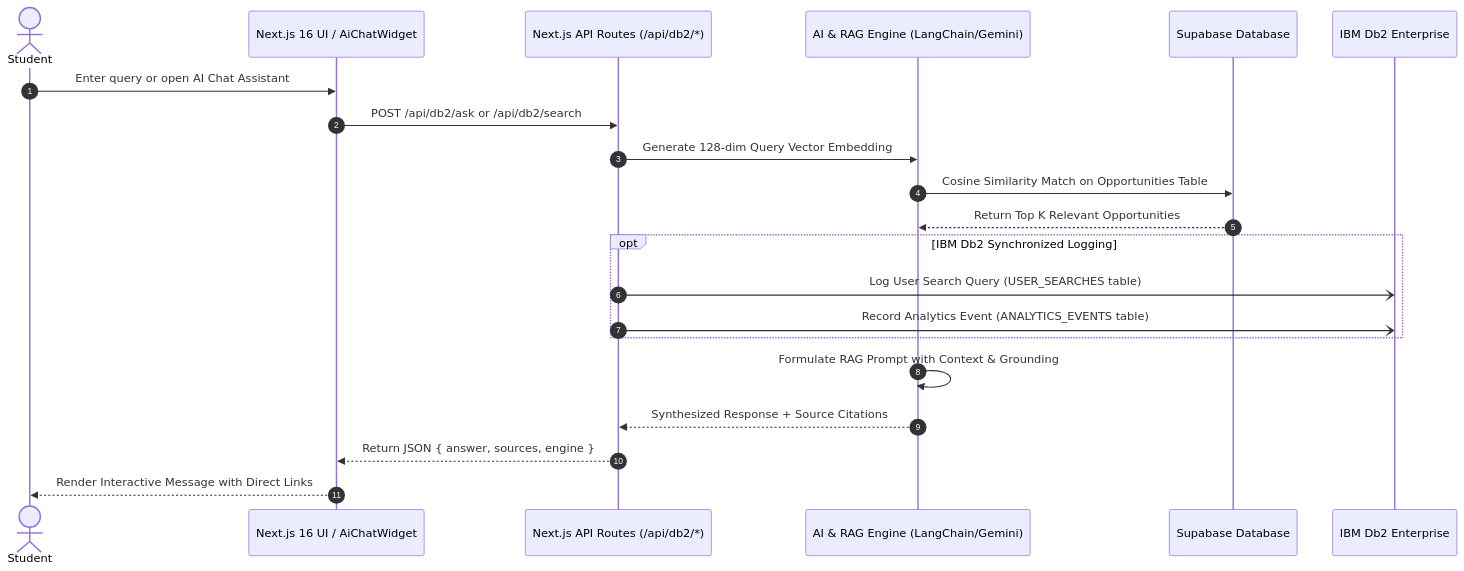
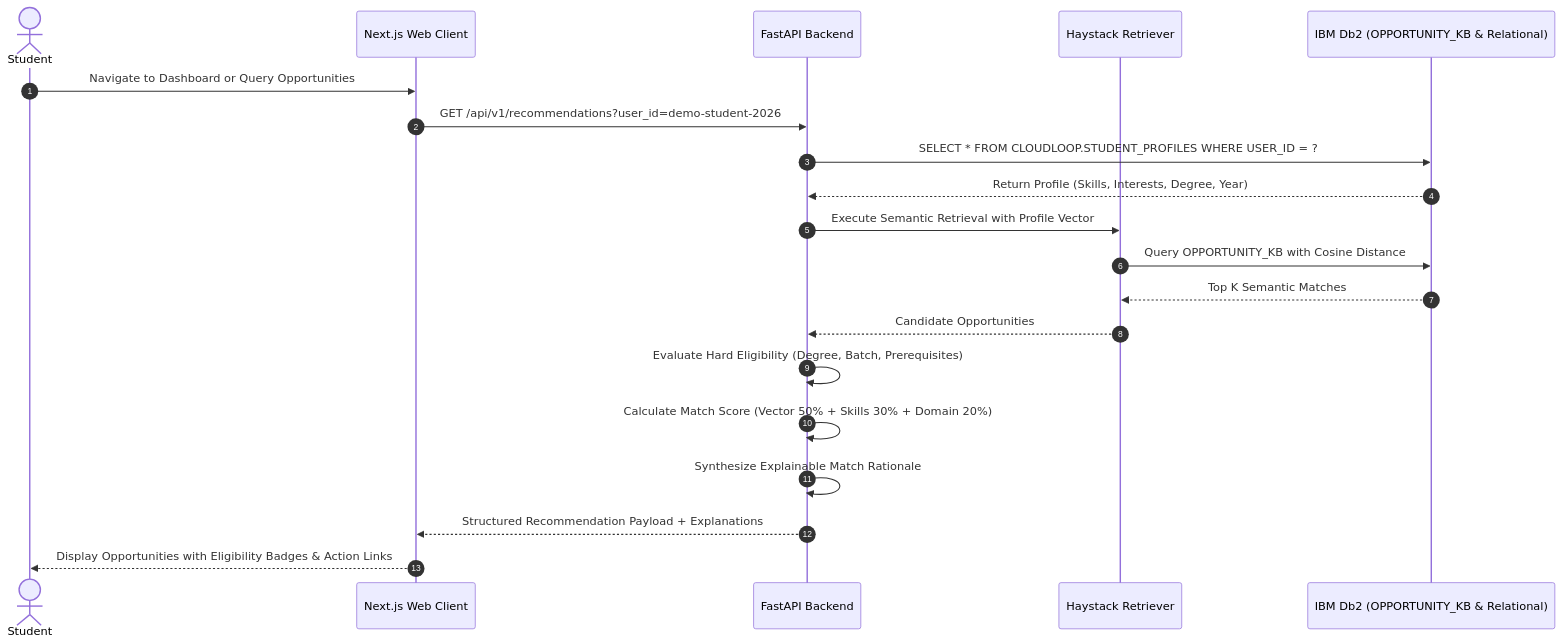
The second of 2 diagrams in architecture.md (Ayushh-Sharmaa/Cloud-Loop), drawn with Mermaid before and after one commit. The commit also changed other lines of this file and 37 other files, not shown here.

````diff
--- a/architecture.md
+++ b/architecture.md
@@ -16,26 +150,25 @@
 ```mermaid
 sequenceDiagram
     autonumber
-    actor User as Student
-    participant UI as Next.js 16 UI / AiChatWidget
-    participant API as Next.js API Routes (/api/db2/*)
-    participant AIService as AI & RAG Engine (LangChain/Gemini)
-    participant PrimaryDB as Supabase Database
-    participant Db2 as IBM Db2 Enterprise
+    actor Student as Student
+    participant Web as Next.js Web Client
+    participant API as FastAPI Backend
+    participant Haystack as Haystack Retriever
+    participant Db2 as IBM Db2 (OPPORTUNITY_KB & Relational)
 
-    User->>UI: Enter query or open AI Chat Assistant
-    UI->>API: POST /api/db2/ask or /api/db2/search
-    API->>AIService: Generate 128-dim Query Vector Embedding
-    AIService->>PrimaryDB: Cosine Similarity Match on Opportunities Table
-    PrimaryDB-->>AIService: Return Top K Relevant Opportunities
+    Student->>Web: Navigate to Dashboard or Query Opportunities
+    Web->>API: GET /api/v1/recommendations?user_id=demo-student-2026
+    API->>Db2: SELECT * FROM CLOUDLOOP.STUDENT_PROFILES WHERE USER_ID = ?
+    Db2-->>API: Return Profile (Skills, Interests, Degree, Year)
     
-    opt IBM Db2 Synchronized Logging
-        API-)Db2: Log User Search Query (USER_SEARCHES table)
-        API-)Db2: Record Analytics Event (ANALYTICS_EVENTS table)
-    end
+    API->>Haystack: Execute Semantic Retrieval with Profile Vector
+    Haystack->>Db2: Query OPPORTUNITY_KB with Cosine Distance
+    Db2-->>Haystack: Top K Semantic Matches
+    Haystack-->>API: Candidate Opportunities
 
-    AIService->>AIService: Formulate RAG Prompt with Context & Grounding
-    AIService-->>API: Synthesized Response + Source Citations
-    API-->>UI: Return JSON { answer, sources, engine }
-    UI-->>User: Render Interactive Message with Direct Links
+    API->>API: Evaluate Hard Eligibility (Degree, Batch, Prerequisites)
+    API->>API: Calculate Match Score (Vector 50% + Skills 30% + Domain 20%)
+    API->>API: Synthesize Explainable Match Rationale
+    API-->>Web: Structured Recommendation Payload + Explanations
+    Web-->>Student: Display Opportunities with Eligibility Badges & Action Links
 ```
````
